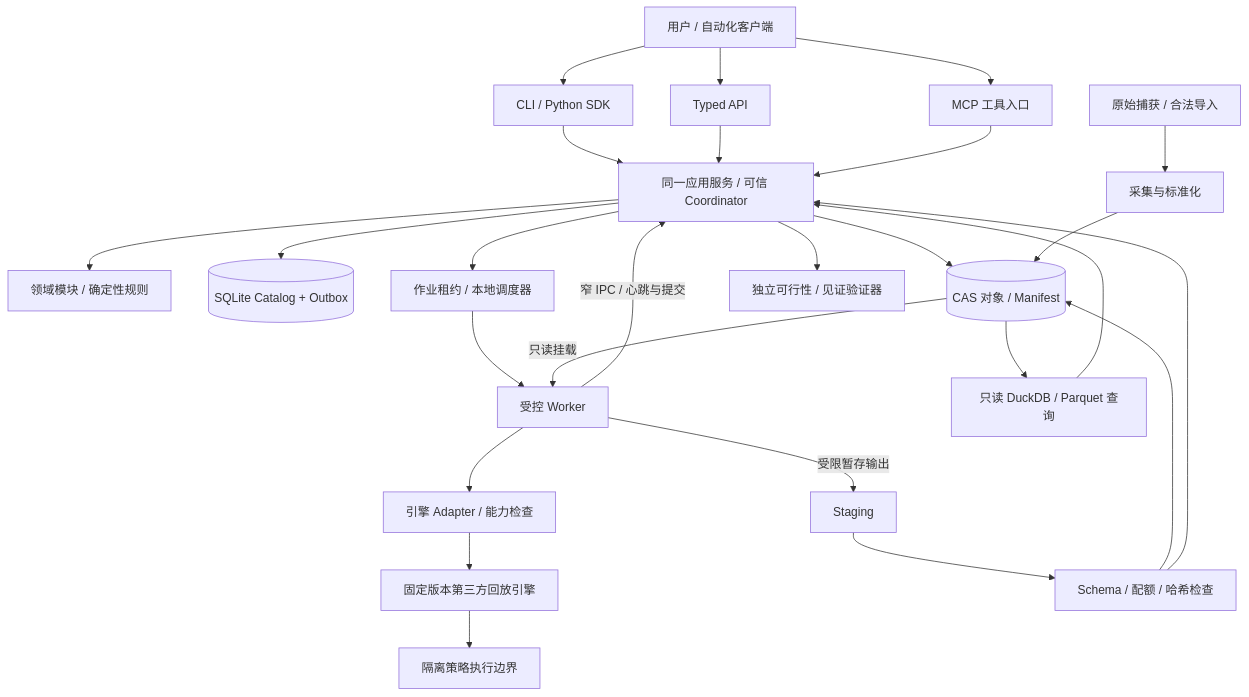
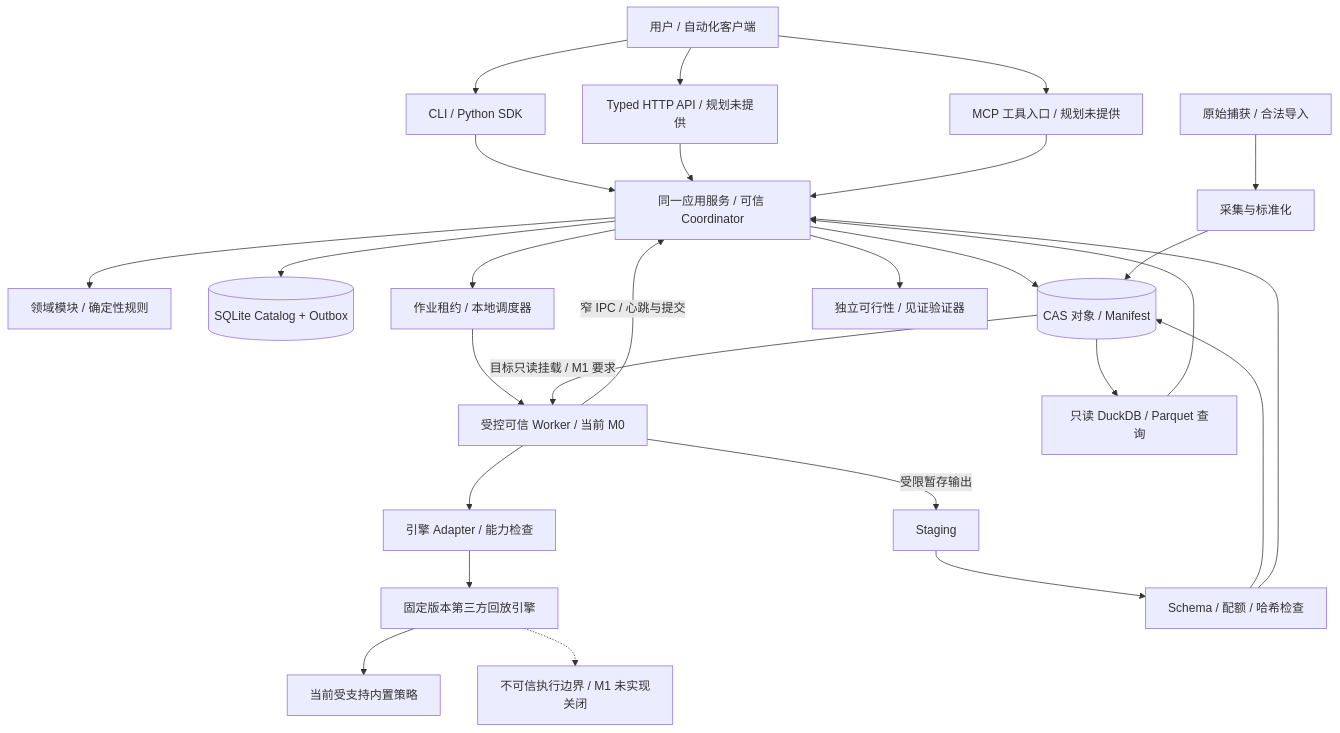
Before and after one commit to Darrenus/tickwitness: the first of 2 diagrams in docs/architecture/system-design.md, drawn with Mermaid. The commit also changed other lines of this file and 8 other files, not shown here.

````diff
--- a/docs/architecture/system-design.md
+++ b/docs/architecture/system-design.md
@@ -17,28 +21,29 @@
 ```mermaid
 flowchart TD
   USER[用户 / 自动化客户端] --> CLI[CLI / Python SDK]
-  USER --> API[Typed API]
-  USER --> MCP[MCP 工具入口]
+  USER --> API[Typed HTTP API / 规划未提供]
+  USER --> MCP[MCP 工具入口 / 规划未提供]
   CLI --> APP[同一应用服务 / 可信 Coordinator]
   API --> APP
   MCP --> APP
   APP --> DOMAIN[领域模块 / 确定性规则]
   APP --> CAT[(SQLite Catalog + Outbox)]
   APP --> CAS[(CAS 对象 / Manifest)]
   APP --> QUEUE[作业租约 / 本地调度器]
-  QUEUE --> WORKER[受控 Worker]
+  QUEUE --> WORKER[受控可信 Worker / 当前 M0]
   WORKER -->|窄 IPC / 心跳与提交| APP
   WORKER --> ADAPTER[引擎 Adapter / 能力检查]
   ADAPTER --> ENGINE[固定版本第三方回放引擎]
   APP --> VERIFY[独立可行性 / 见证验证器]
-  ENGINE --> STRAT[隔离策略执行边界]
-  CAS -->|只读挂载| WORKER
+  ENGINE --> STRAT[当前受支持内置策略]
+  ENGINE -.-> ISOLATE[不可信执行边界 / M1 未实现关闭]
+  CAS -->|目标只读挂载 / M1 要求| WORKER
   WORKER -->|受限暂存输出| STAGE[Staging]
   STAGE --> CHECK[Schema / 配额 / 哈希检查]
   CHECK --> CAS
   CHECK --> APP
   DATA[原始捕获 / 合法导入] --> INGEST[采集与标准化]
   INGEST --> CAS
   CAS --> QUERY[只读 DuckDB / Parquet 查询]
   QUERY --> APP
 ```
````
